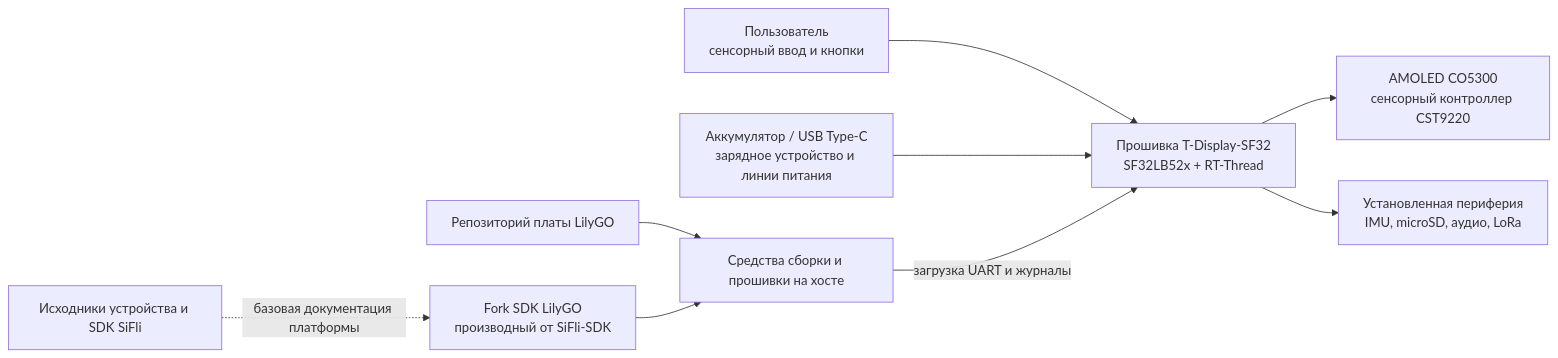
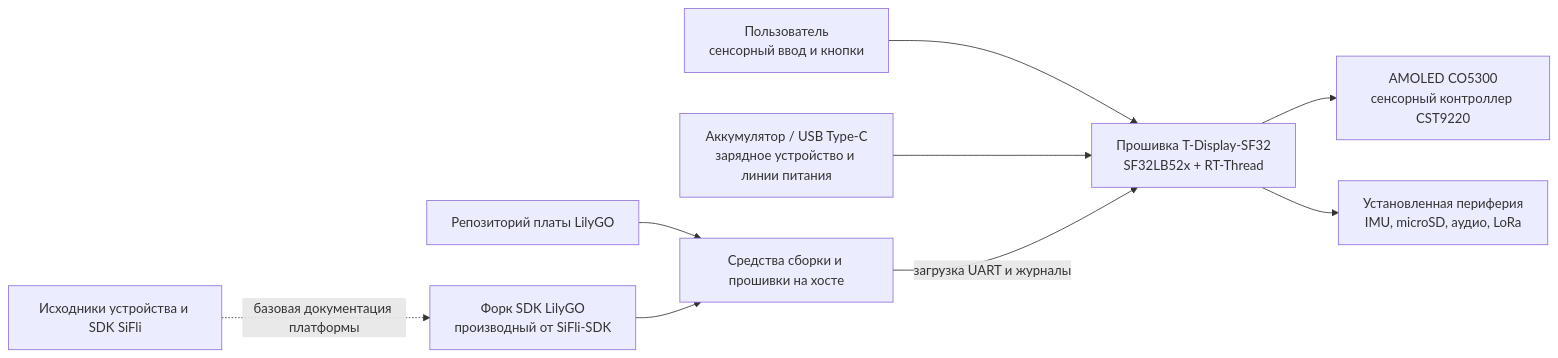
The diagram in docs_ru/projects/lilygo-t-display-sf32.md (uForge-io/uforge-site), drawn with Mermaid before and after one commit. The commit also changed other lines of this file and 500 other files, not shown here.

````diff
--- a/docs_ru/projects/lilygo-t-display-sf32.md
+++ b/docs_ru/projects/lilygo-t-display-sf32.md
@@ -141,11 +141,11 @@
 ```mermaid
 flowchart LR
     U["Пользователь\nсенсорный ввод и кнопки"] --> F["Прошивка T-Display-SF32\nSF32LB52x + RT-Thread"]
     F --> D["AMOLED CO5300\nсенсорный контроллер CST9220"]
     F --> P["Установленная периферия\nIMU, microSD, аудио, LoRa"]
     B["Аккумулятор / USB Type-C\nзарядное устройство и линии питания"] --> F
     H["Средства сборки и прошивки на хосте"] -->|"загрузка UART и журналы"| F
     R["Репозиторий платы LilyGO"] --> H
-    S["Fork SDK LilyGO\nпроизводный от SiFli-SDK"] --> H
+    S["Форк SDK LilyGO\nпроизводный от SiFli-SDK"] --> H
     O["Исходники устройства и SDK SiFli"] -. "базовая документация платформы" .-> S
 ```
````
